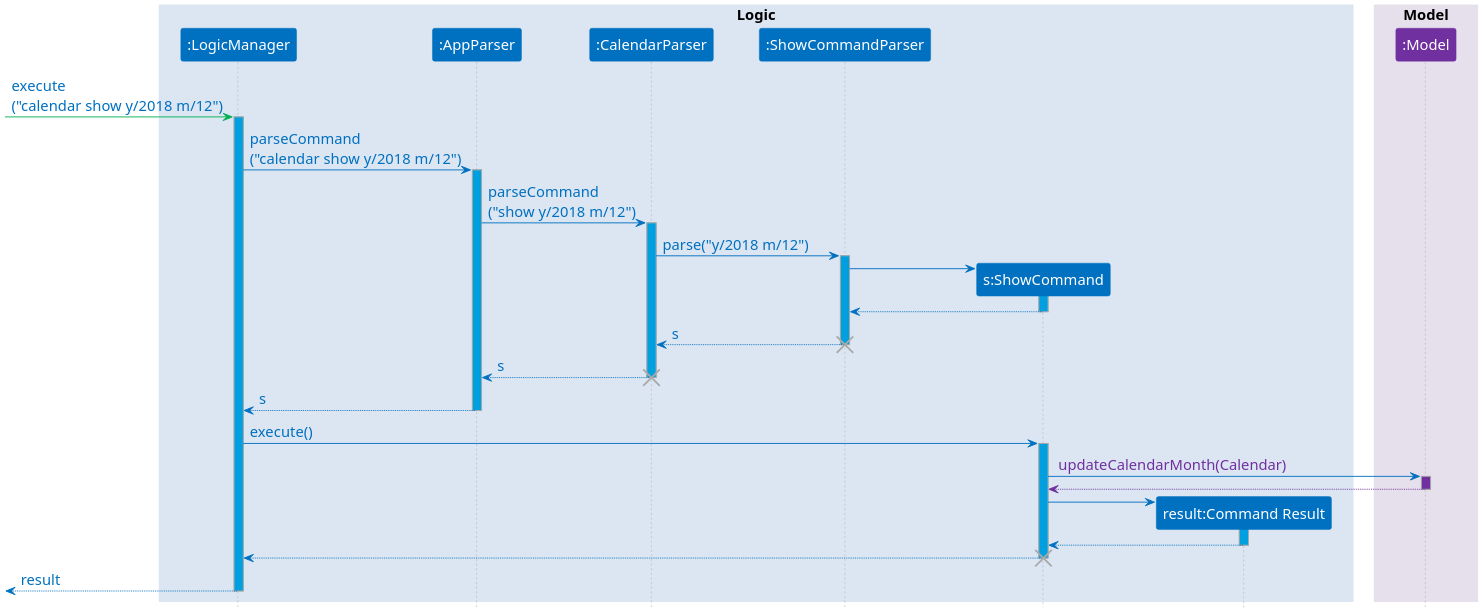
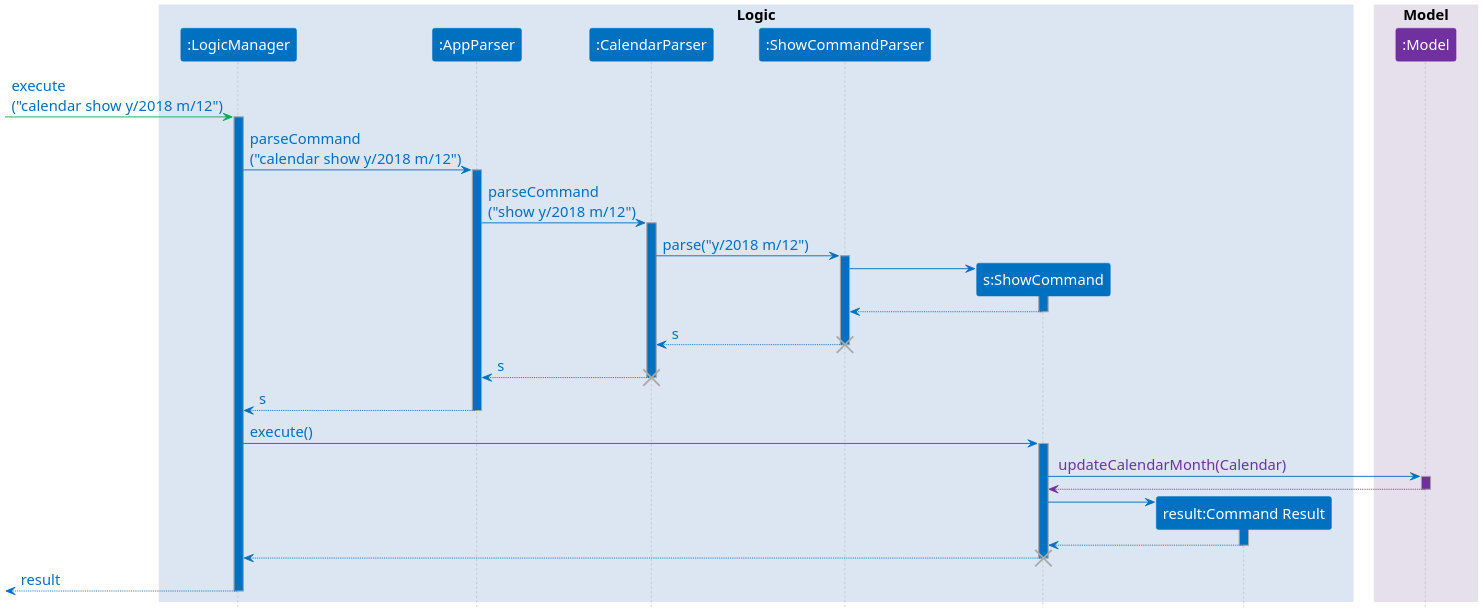
One commit to CS2103-AY1819S1-T09-1/main changed the diagram in docs/plantuml/CalendarShowCommandSequence.puml. Above: the diagram before and after it, drawn with PlantUML. The commit also changed 1 other file, not shown here.

```diff
--- a/docs/plantuml/CalendarShowCommandSequence.puml
+++ b/docs/plantuml/CalendarShowCommandSequence.puml
@@ -1,82 +1,82 @@
 @startuml CalendarShowCommandSequence
 
 scale 2
 skinparam defaultFontName Calibri
 skinparam defaultFontSize 16
 skinparam BoxPadding 10
 skinparam ParticipantPadding 20
 skinparam shadowing false
 hide stereotype
 
 skinparam sequence {
     BoxBorderColor transparent
     BoxFontSize 20
 
     ParticipantBorderColor<<ui>> #00B050
     ParticipantBackgroundColor<<ui>> #00B050
 
     ParticipantBorderColor<<logic>> #0070C0
     ParticipantBackgroundColor<<logic>> #0070C0
 
     ParticipantBorderColor<<model>> #7030A0
     ParticipantBackgroundColor<<model>> #7030A0
 
     LifeLineBorderColor DarkGrey
-    LifeLineBackgroundColor #00A0E0
+    LifeLineBackgroundColor #0070C0
     ParticipantFontColor #FFFFFF
 
     ArrowColor #0070C0
     ArrowBorderColor #0070C0
     ArrowFontColor #0070C0
 }
 
 box "Logic" #DCE6F2
     participant logicManager as ":LogicManager" <<logic>>
     participant appParser as ":AppParser" <<logic>>
     participant calendarParser as ":CalendarParser" <<logic>>
     participant showCommandParser as ":ShowCommandParser" <<logic>>
     participant showCommand as "s:ShowCommand" <<logic>>
     participant result as "result:Command Result" <<logic>>
 end box
 box "Model" #E6E0EC
     participant model as ":Model" <<model>>
 end box
 
 ' autoactivate on
 hide footbox
 [-[#00B050]> logicManager: execute\n("calendar show y/2018 m/12")
 activate logicManager
 logicManager -> appParser: parseCommand\n("calendar show y/2018 m/12")
 activate appParser
 appParser -> calendarParser: parseCommand\n("show y/2018 m/12")
 activate calendarParser
 calendarParser -> showCommandParser: parse("y/2018 m/12")
 activate showCommandParser
 create showCommand
 showCommandParser -> showCommand
 activate showCommand
 showCommand --> showCommandParser
 deactivate showCommand
 showCommandParser --> calendarParser: s
 destroy showCommandParser
 calendarParser --> appParser: s
 destroy calendarParser
 appParser --> logicManager: s
 deactivate appParser
 logicManager -> showCommand: execute()
 activate showCommand
 showCommand -> model : <color:#7030A0> updateCalendarMonth(Calendar)
 activate model #7030A0
 model --[#7030A0]> showCommand
 deactivate model
 create result
 showCommand -> result
 activate result
 result --> showCommand
 deactivate result
 showCommand --> logicManager
 destroy showCommand
 logicManager -->[ : result
 deactivate logicManager
 
 @enduml
```
